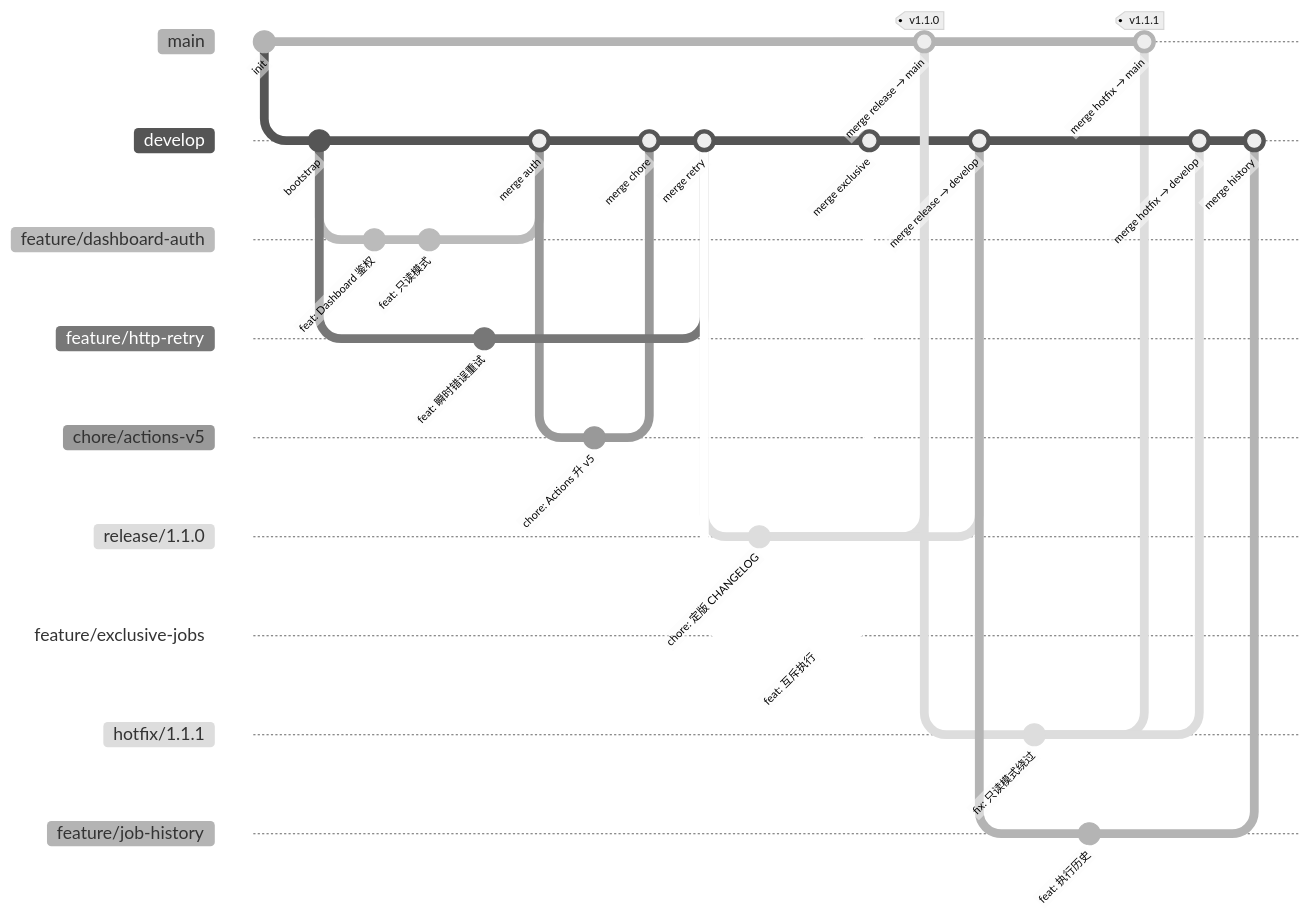
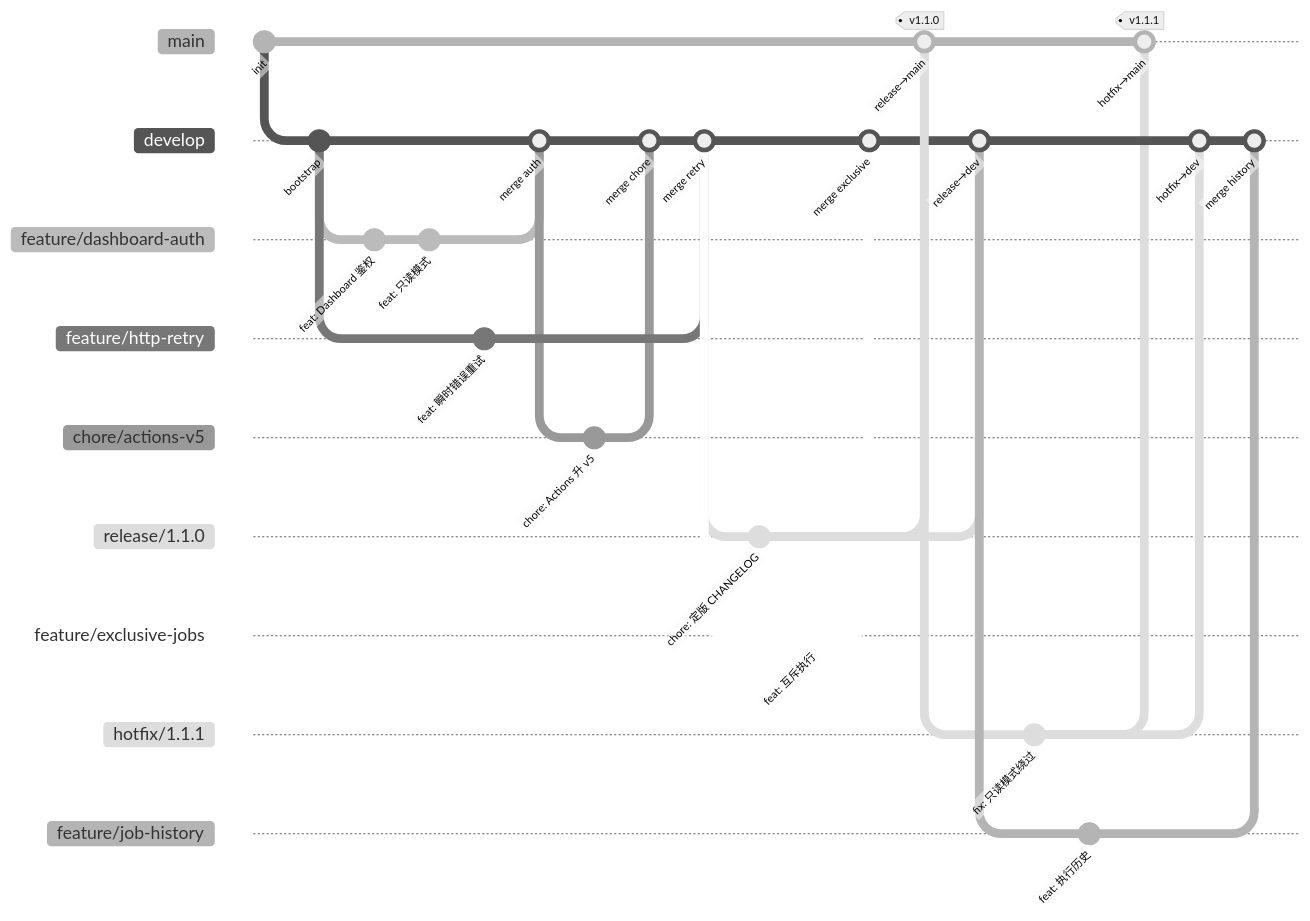
One commit to ShenHaoCore/TaskRunner changed the first of 2 diagrams in docs/branch-management.md. Above: the diagram before and after it, drawn with Mermaid (neutral theme). The commit also changed other lines of this file, not shown here.

Commit message:
docs: 补充 hotfix 合并流程并缩短全景图标签避免遮挡

````diff
--- a/docs/branch-management.md
+++ b/docs/branch-management.md
@@ -19,41 +19,41 @@
 ```mermaid
 gitGraph
     commit id: "init"
     branch "develop"
     commit id: "bootstrap"
     branch "feature/dashboard-auth"
     commit id: "feat: Dashboard 鉴权"
     commit id: "feat: 只读模式"
     checkout "develop"
     branch "feature/http-retry"
     commit id: "feat: 瞬时错误重试"
     checkout "develop"
     merge "feature/dashboard-auth" id: "merge auth"
     branch "chore/actions-v5"
     commit id: "chore: Actions 升 v5"
     checkout "develop"
     merge "chore/actions-v5" id: "merge chore"
     merge "feature/http-retry" id: "merge retry"
     branch "release/1.1.0"
     commit id: "chore: 定版 CHANGELOG"
     checkout "develop"
     branch "feature/exclusive-jobs"
     commit id: "feat: 互斥执行"
     checkout "develop"
     merge "feature/exclusive-jobs" id: "merge exclusive"
     checkout "main"
-    merge "release/1.1.0" id: "merge release → main" tag: "v1.1.0"
+    merge "release/1.1.0" id: "release→main" tag: "v1.1.0"
     checkout "develop"
-    merge "release/1.1.0" id: "merge release → develop"
+    merge "release/1.1.0" id: "release→dev"
     checkout "main"
     branch "hotfix/1.1.1"
     commit id: "fix: 只读模式绕过"
     checkout "develop"
     branch "feature/job-history"
     commit id: "feat: 执行历史"
     checkout "main"
-    merge "hotfix/1.1.1" id: "merge hotfix → main" tag: "v1.1.1"
+    merge "hotfix/1.1.1" id: "hotfix→main" tag: "v1.1.1"
     checkout "develop"
-    merge "hotfix/1.1.1" id: "merge hotfix → develop"
+    merge "hotfix/1.1.1" id: "hotfix→dev"
     merge "feature/job-history" id: "merge history"
 ```
````
